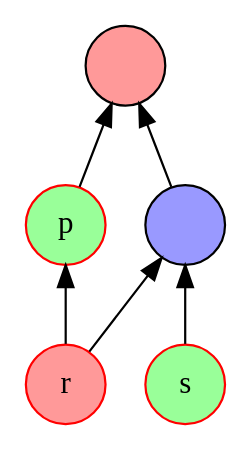
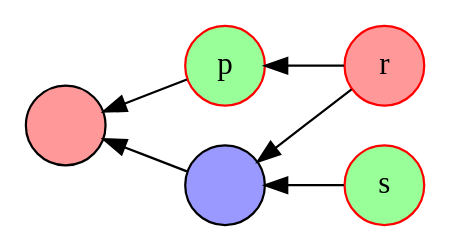
Before and after one commit to infinity0/msg-notes: the diagram in causal/02-consistency.rst, drawn with Graphviz. The commit also changed other lines of this file and 3 other files, not shown here.

Commit message:
causal order: restructure for a better high-level structure - better flow for related concepts in introduction - more structure and expansion of consistency; point at more links with reliability

```diff
--- a/causal/02-consistency.rst
+++ b/causal/02-consistency.rst
@@ -87,12 +117,12 @@
 .. digraph:: acks
 
-    rankdir=BT;
+    rankdir=RL;
     node [height=0.5, width=0.5, style=filled, label=""];
     m [fillcolor="#ff9999"];
     p [fillcolor="#99ff99", color="#ff0000", label="p"];
     q [fillcolor="#9999ff"];
     r [fillcolor="#ff9999", color="#ff0000", label="r"];
     s [fillcolor="#99ff99", color="#ff0000", label="s"];
     r -> p -> m;
     r -> q -> m;
     s -> q;
```
